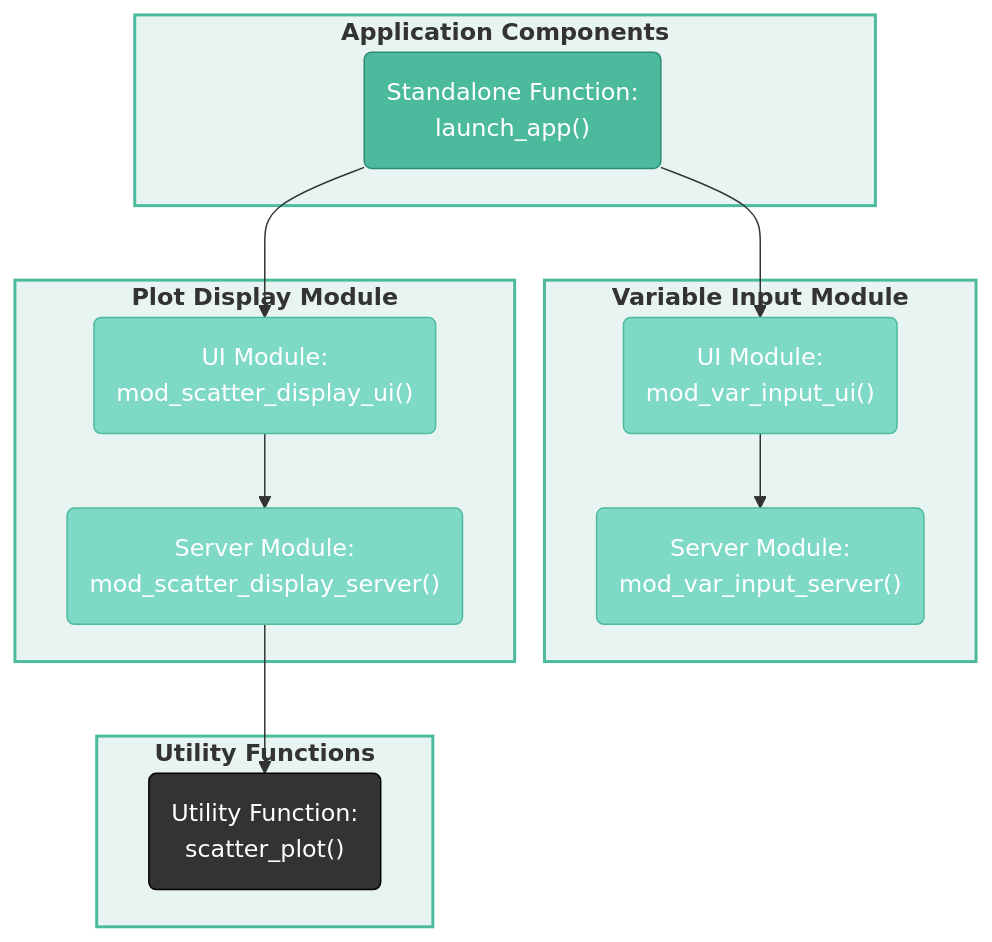
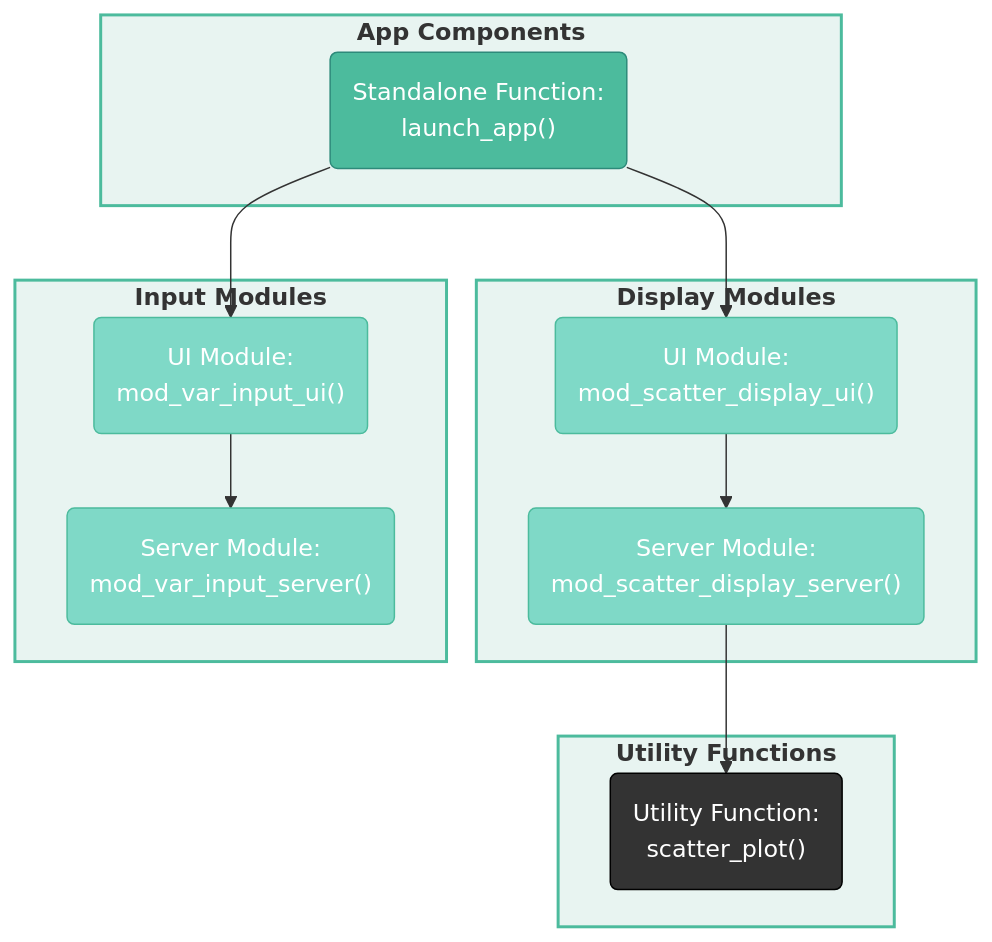
The fourth of 5 diagrams in document.qmd (mjfrigaard/shiny-app-pkgs), drawn with Mermaid before and after one commit. The commit also changed other lines of this file and 4 other files, not shown here.

````diff
--- a/document.qmd
+++ b/document.qmd
@@ -730,34 +730,39 @@
 ```{mermaid}
 %%| fig-cap: ‘The `@family` tag’
 %%| fig-align: center
-%%{init: {‘theme’: ‘neutral’, ‘themeVariables’: { ‘fontFamily’: ‘monospace’, "fontSize":"13px"}}}%%
+%%{init: {‘theme’: ‘neutral’, ‘themeVariables’: { ‘fontFamily’: ‘monospace’, "fontSize":"16px"}}}%%
+
 flowchart TD
-    subgraph AppCom["<strong>Application Components</strong>"]
+    subgraph AppCom["<strong>App Components</strong>"]
         launch_app("Standalone Function:<br>launch_app()")
     end
-    subgraph Vars["<strong>Variable Input Module</strong>"]
+    
+    subgraph Graph["<strong>Display Modules</strong>"]
+        mod_scatter_display_ui("UI Module:<br>mod_scatter_display_ui()")
+        mod_scatter_display_server("Server Module:<br>mod_scatter_display_server()")
+    end
+    
+    subgraph Vars["<strong>Input Modules</strong>"]
         mod_var_input_ui("UI Module:<br>mod_var_input_ui()")
         mod_var_input_server("Server Module:<br>mod_var_input_server()")
     end
-    subgraph Graph["<strong>Plot Display Module</strong>"]
-        mod_scatter_display_ui("UI Module:<br>mod_scatter_display_ui()")
-        mod_scatter_display_server("Server Module:<br>mod_scatter_display_server()")
-    end
+
     subgraph Utils["<strong>Utility Functions</strong>"]
         scatter_plot("Utility Function:<br>scatter_plot()")
     end
 
     launch_app --> mod_var_input_ui --> mod_var_input_server
     launch_app --> mod_scatter_display_ui --> mod_scatter_display_server --> scatter_plot
 
     style AppCom fill:#e8f4f1,stroke:#4CBB9D,stroke-width:2px
     style Vars fill:#e8f4f1,stroke:#4CBB9D,stroke-width:2px
     style Graph fill:#e8f4f1,stroke:#4CBB9D,stroke-width:2px
     style Utils fill:#e8f4f1,stroke:#4CBB9D,stroke-width:2px
     style launch_app fill:#4CBB9D,color:#fff,stroke:#2d8a7a,stroke-width:1px
     style mod_var_input_ui fill:#7fd9c7,color:#fff,stroke:#4CBB9D,stroke-width:1px
     style mod_var_input_server fill:#7fd9c7,color:#fff,stroke:#4CBB9D,stroke-width:1px
     style mod_scatter_display_ui fill:#7fd9c7,color:#fff,stroke:#4CBB9D,stroke-width:1px
     style mod_scatter_display_server fill:#7fd9c7,color:#fff,stroke:#4CBB9D,stroke-width:1px
     style scatter_plot fill:#333,color:#fff,stroke:#000,stroke-width:1px
+    
 ```
````
